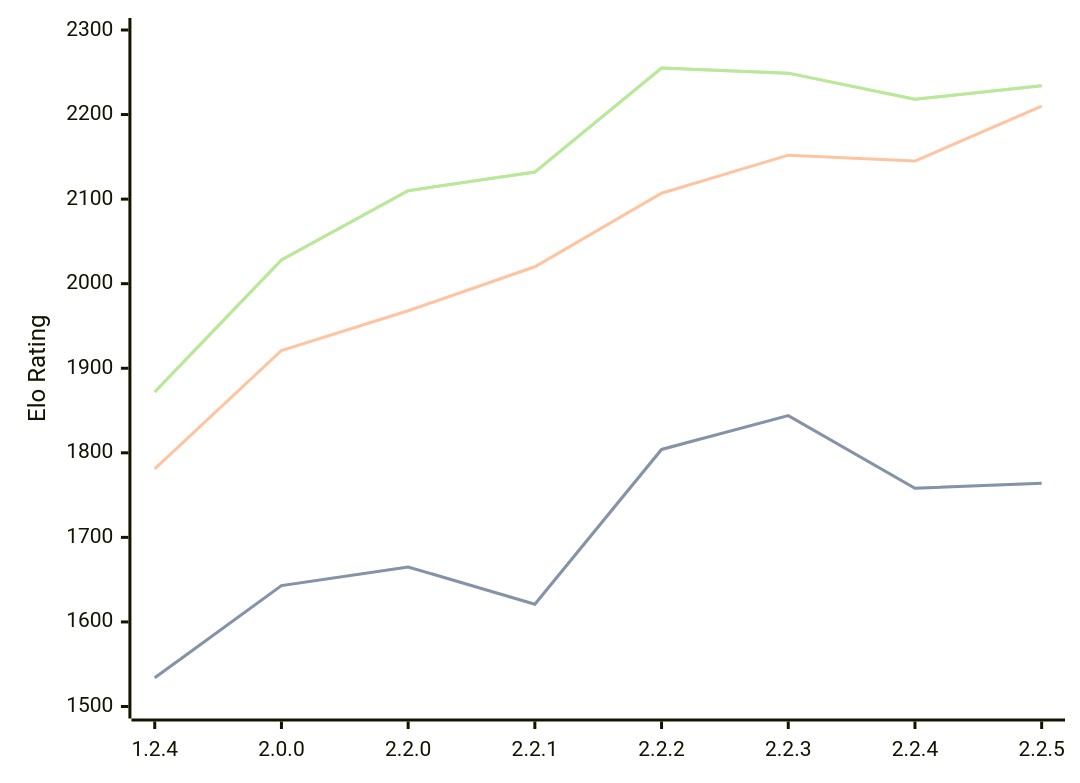
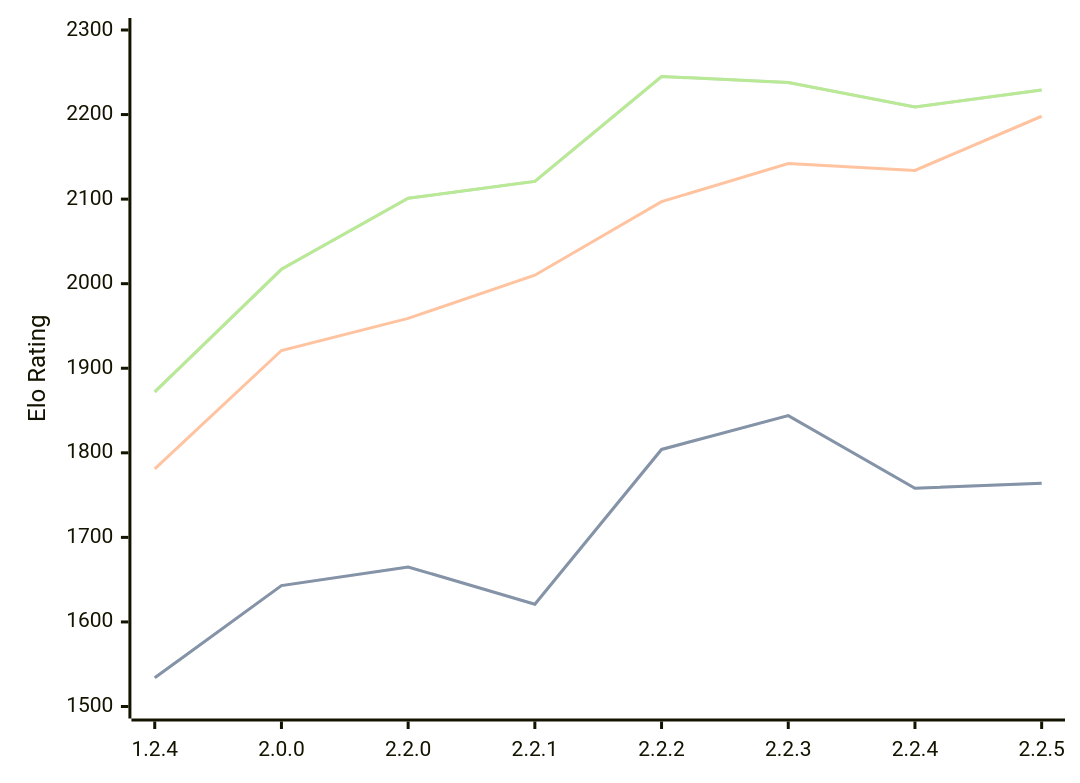
One commit to computer-chess-index/cci changed the diagram in engines/Kreveta.md. Above: the diagram before and after it, drawn with Mermaid. The commit also changed other lines of this file, not shown here.

Commit message:
Update CCI Ratings (ELO VLTC) - 2026-03-19

````diff
--- a/engines/Kreveta.md
+++ b/engines/Kreveta.md
@@ -39,11 +39,11 @@
 ```mermaid
 %%{init: {"theme":"base","themeVariables":{"seriesColors:['#a3a3a3','#222221','#faa371']}}}%%
 xychart-beta
   x-axis ["1.2.4", "2.0.0", "2.2.0", "2.2.1", "2.2.2", "2.2.3", "2.2.4", "2.2.5"]
   y-axis "Elo Rating" 1500 --> 2300
   line "STC (8.0+0.08s)" [1534, 1643, 1665, 1621, 1804, 1844, 1758, 1764]
   line "STC (8.0+0.08s)" [1534, 1643, 1665, 1621, 1804, 1844, 1758, 1764]
-  line "LTC (60.0+0.60s)" [1781, 1921, 1968, 2020, 2107, 2152, 2145, 2210]
-  line "VLTC (2m24s+1.12s)" [1872, 2028, 2110, 2132, 2255, 2249, 2218, 2234]
-  line "VLTC (2m24s+1.12s)" [1872, 2028, 2110, 2132, 2255, 2249, 2218, 2234]
+  line "LTC (60.0+0.60s)" [1781, 1921, 1959, 2010, 2097, 2142, 2134, 2198]
+  line "VLTC (2m24s+1.12s)" [1872, 2017, 2101, 2121, 2245, 2238, 2209, 2229]
+  line "VLTC (2m24s+1.12s)" [1872, 2017, 2101, 2121, 2245, 2238, 2209, 2229]
 ```
````
